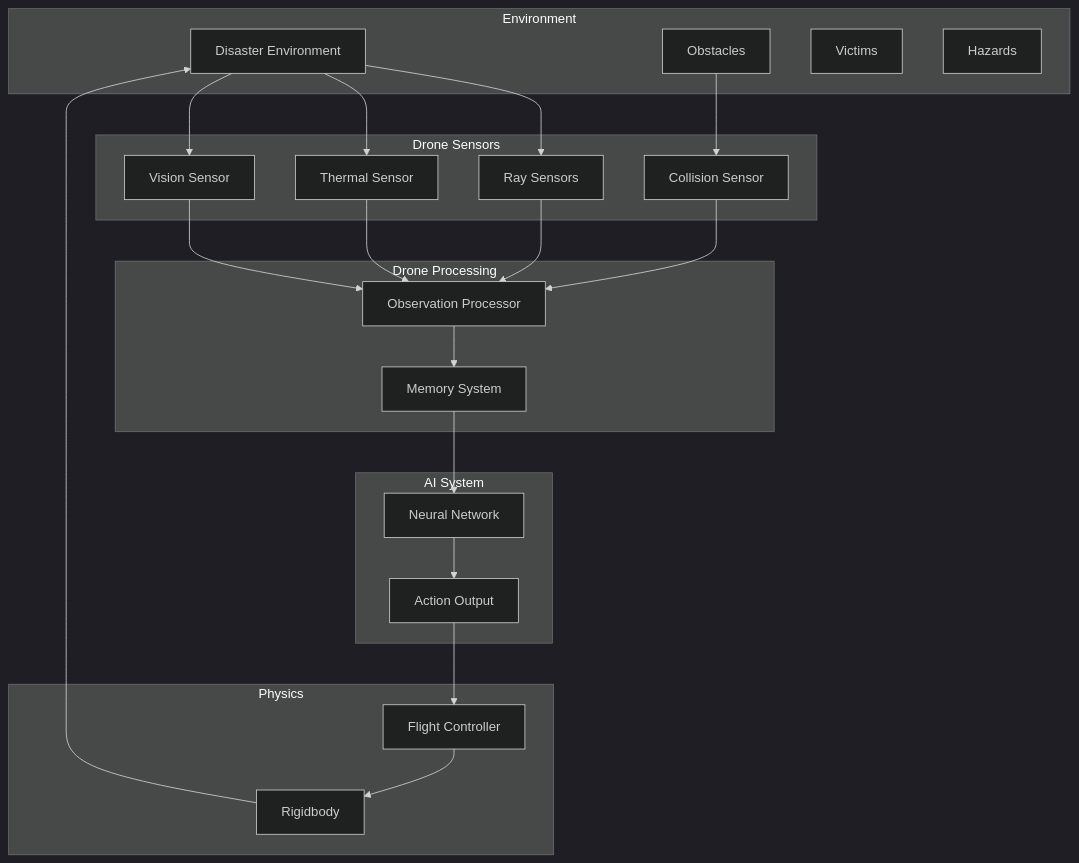
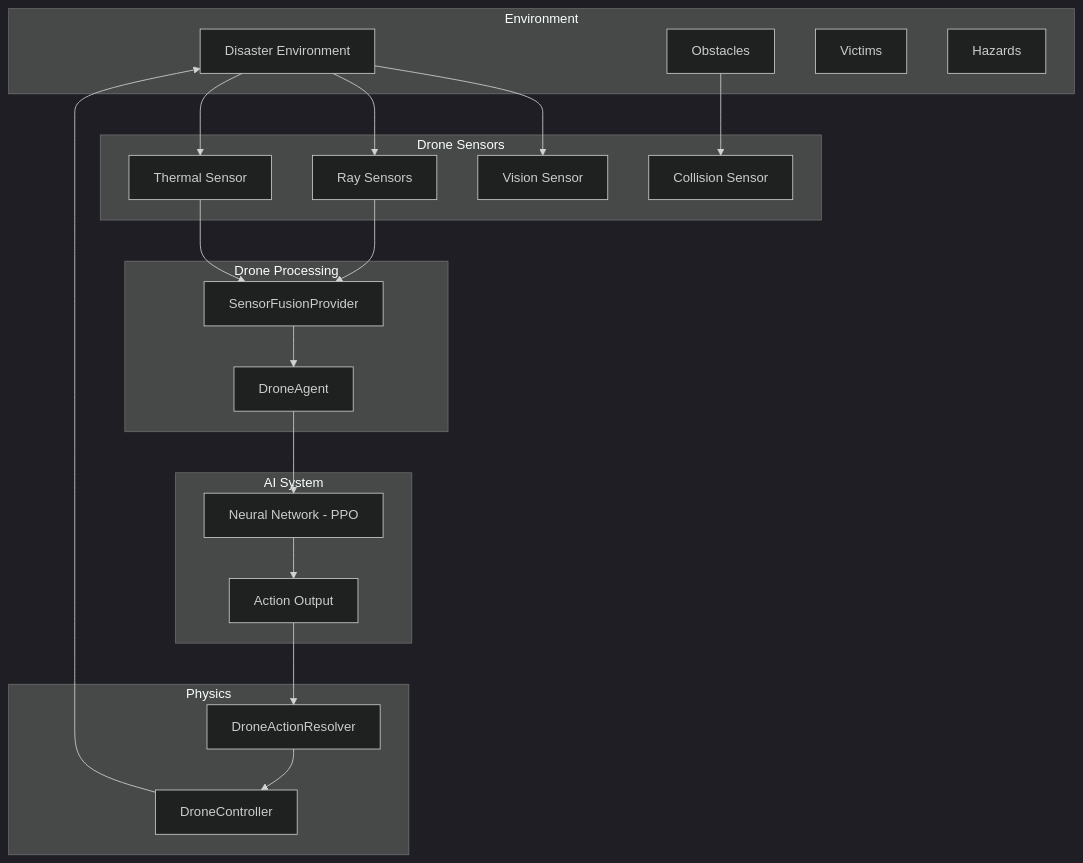
The first of 2 diagrams in Documentation/12_DATA_FLOW.md (NihaalGharat/ADRL-Rescue), drawn with Mermaid (dark theme) before and after one commit. The commit also changed other lines of this file and 10 other files, not shown here.

````diff
--- a/Documentation/12_DATA_FLOW.md
+++ b/Documentation/12_DATA_FLOW.md
@@ -13,48 +13,46 @@
 ```mermaid
 graph TD
     subgraph "Environment"
         ENV[Disaster Environment]
         OBS[Obstacles]
         VIC[Victims]
         HAZ[Hazards]
     end
     
     subgraph "Drone Sensors"
         RS[Ray Sensors]
         TS[Thermal Sensor]
         VS[Vision Sensor]
         CS[Collision Sensor]
     end
     
     subgraph "Drone Processing"
-        OP[Observation Processor]
-        MEM[Memory System]
+        OP[SensorFusionProvider]
+        AG[DroneAgent]
     end
     
     subgraph "AI System"
-        NN[Neural Network]
+        NN[Neural Network - PPO]
         ACT[Action Output]
     end
     
     subgraph "Physics"
-        FC[Flight Controller]
-        RB[Rigidbody]
+        AR[DroneActionResolver]
+        CT[DroneController]
     end
     
     ENV --> RS
     ENV --> TS
     ENV --> VS
     OBS --> CS
     
     RS --> OP
     TS --> OP
-    VS --> OP
-    CS --> OP
     
-    OP --> MEM
-    MEM --> NN
+    OP --> AG
+    AG --> NN
     NN --> ACT
-    ACT --> FC
-    FC --> RB
-    RB --> ENV
+    ACT --> AR
+    AR --> CT
+    CT --> ENV
 ```
````
